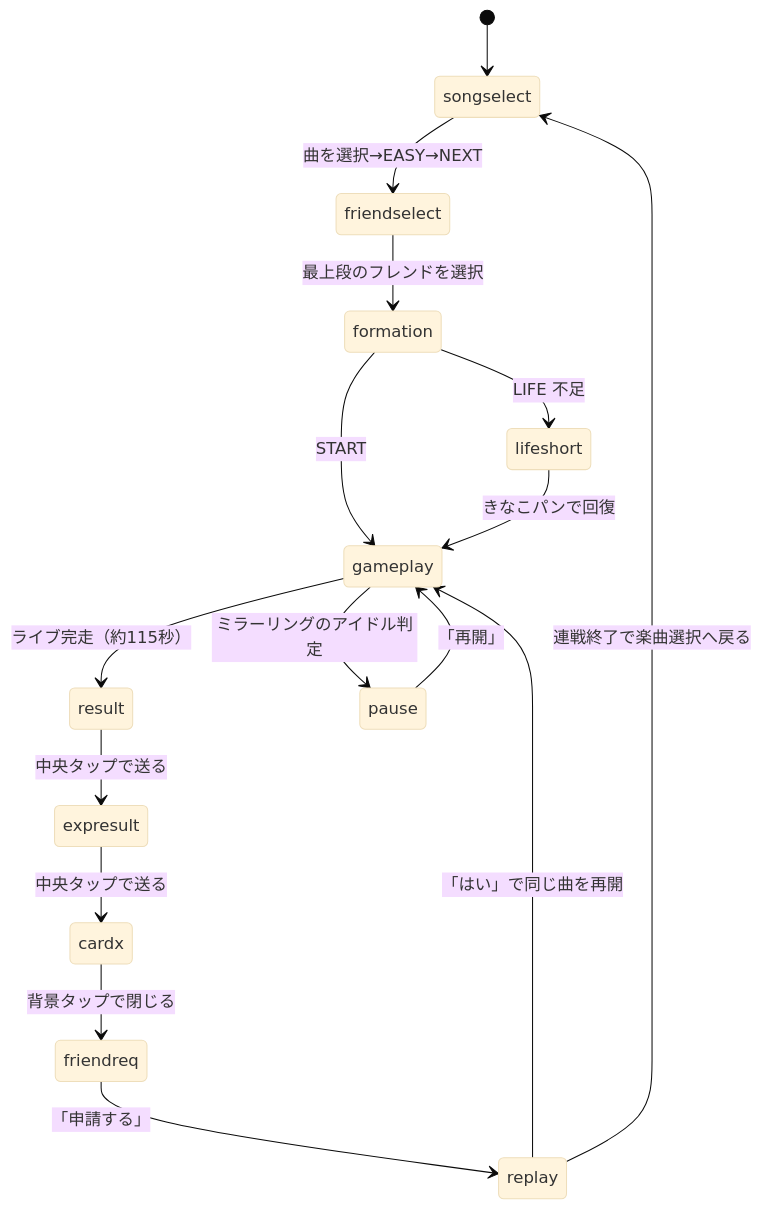
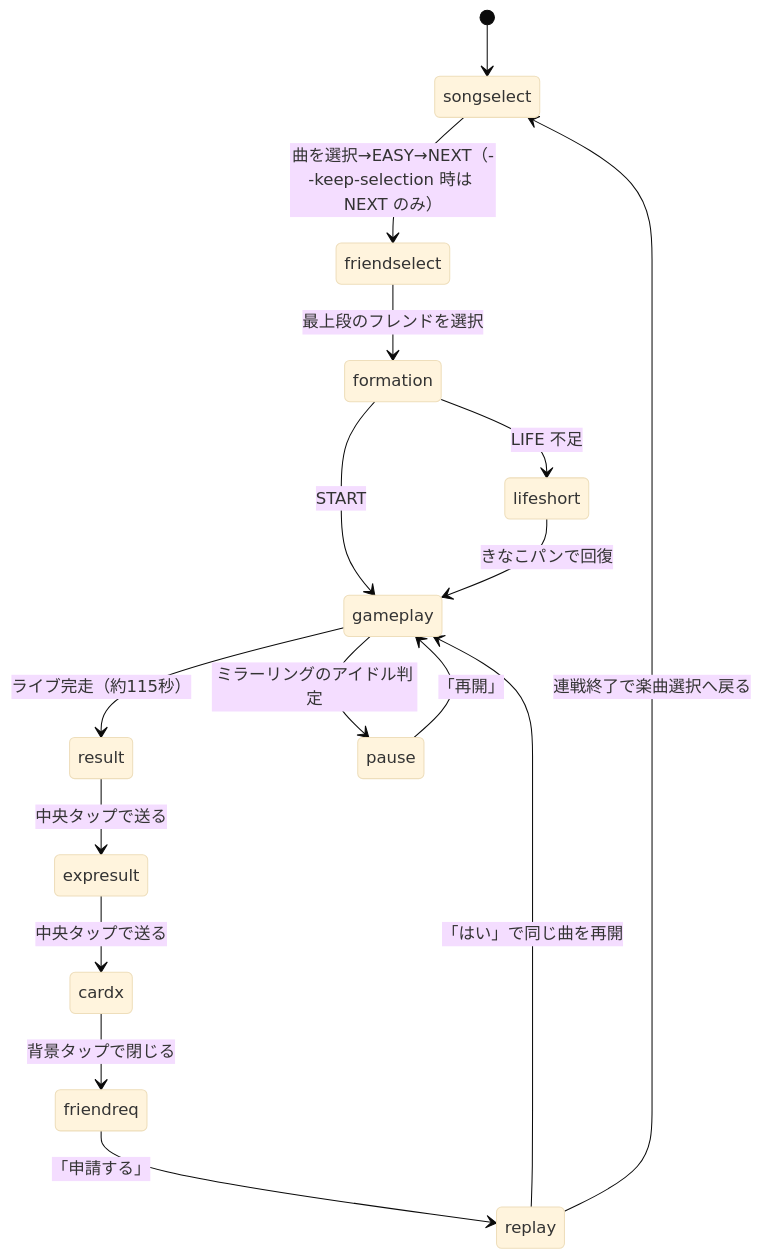
One commit to yo4raw/i7_autoplay changed the third of 6 diagrams in docs/screen-flow.md. Above: the diagram before and after it, drawn with Mermaid (base theme). The commit also changed other lines of this file and 18 other files, not shown here.

````diff
--- a/docs/screen-flow.md
+++ b/docs/screen-flow.md
@@ -121,18 +121,18 @@
 ```mermaid
 stateDiagram-v2
     [*] --> songselect
-    songselect --> friendselect: 曲を選択→EASY→NEXT
+    songselect --> friendselect: 曲を選択→EASY→NEXT（--keep-selection 時は NEXT のみ）
     friendselect --> formation: 最上段のフレンドを選択
     formation --> gameplay: START
     gameplay --> result: ライブ完走（約115秒）
     result --> expresult: 中央タップで送る
     expresult --> cardx: 中央タップで送る
     cardx --> friendreq: 背景タップで閉じる
     friendreq --> replay: 「申請する」
     replay --> gameplay: 「はい」で同じ曲を再開
     replay --> songselect: 連戦終了で楽曲選択へ戻る
     gameplay --> pause: ミラーリングのアイドル判定
     pause --> gameplay: 「再開」
     formation --> lifeshort: LIFE 不足
     lifeshort --> gameplay: きなこパンで回復
 ```
````
